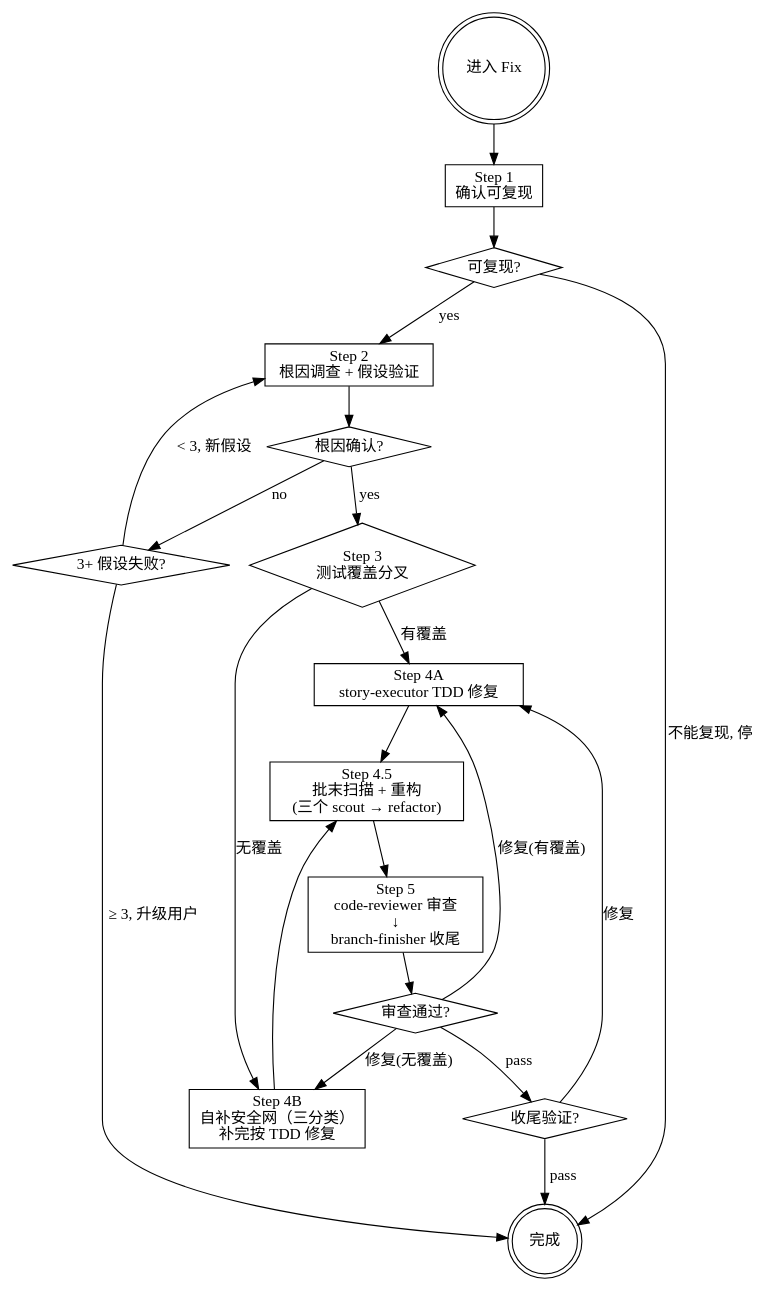
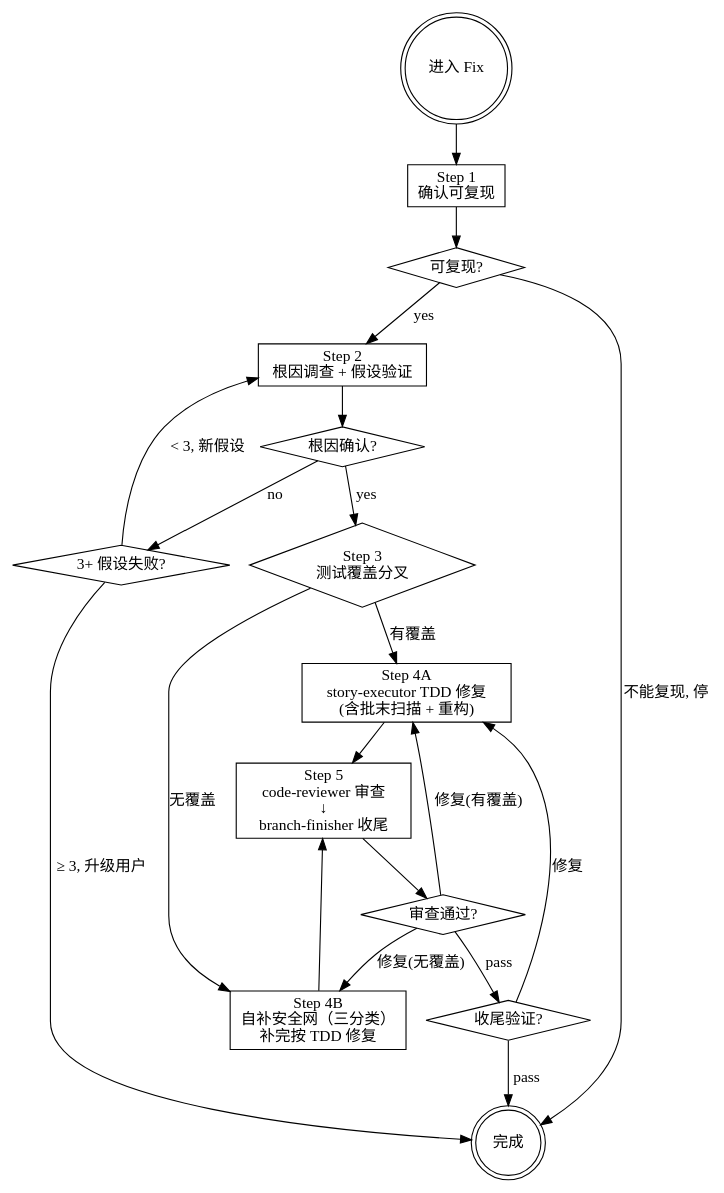
Before and after one commit to hsiang-lee/my_opencode: the diagram in agents/Fix.md, drawn with Graphviz. The commit also changed other lines of this file and 9 other files, not shown here.

First line of the commit message:
refactor(tdd): scan for smells only at batch end

````diff
--- a/agents/Fix.md
+++ b/agents/Fix.md
@@ -69,41 +69,39 @@
 ```dot
 digraph fix_flow {
     rankdir=TB;
     start [label="进入 Fix", shape=doublecircle];
     step1 [label="Step 1\n确认可复现", shape=box];
     step2 [label="Step 2\n根因调查 + 假设验证", shape=box];
     step3 [label="Step 3\n测试覆盖分叉", shape=diamond];
-    fixA [label="Step 4A\nstory-executor TDD 修复", shape=box];
+    fixA [label="Step 4A\nstory-executor TDD 修复\n(含批末扫描 + 重构)", shape=box];
     fixB [label="Step 4B\n自补安全网（三分类）\n补完按 TDD 修复", shape=box];
-    scan [label="Step 4.5\n批末扫描 + 重构\n(三个 scout → refactor)", shape=box];
     step5 [label="Step 5\ncode-reviewer 审查\n↓\nbranch-finisher 收尾", shape=box];
 
     gate1 [label="可复现?", shape=diamond];
     gate2 [label="根因确认?", shape=diamond];
     gate2_fail [label="3+ 假设失败?", shape=diamond];
     gate5a [label="审查通过?", shape=diamond];
     gate5b [label="收尾验证?", shape=diamond];
     done [label="完成", shape=doublecircle];
 
     start -> step1;
     step1 -> gate1;
     gate1 -> step2 [label="yes"];
     gate1 -> done [label="不能复现, 停"];
     step2 -> gate2;
     gate2 -> step3 [label="yes"];
     gate2 -> gate2_fail [label="no"];
     gate2_fail -> step2 [label="< 3, 新假设"];
     gate2_fail -> done [label="≥ 3, 升级用户"];
     step3 -> fixA [label="有覆盖"];
     step3 -> fixB [label="无覆盖"];
-    fixA -> scan;
-    fixB -> scan;
-    scan -> step5;
+    fixA -> step5;
+    fixB -> step5;
     step5 -> gate5a;
     gate5a -> fixA [label="修复(有覆盖)"];
     gate5a -> fixB [label="修复(无覆盖)"];
     gate5a -> gate5b [label="pass"];
     gate5b -> fixA [label="修复"];
     gate5b -> done [label="pass"];
 }
 ```
````
